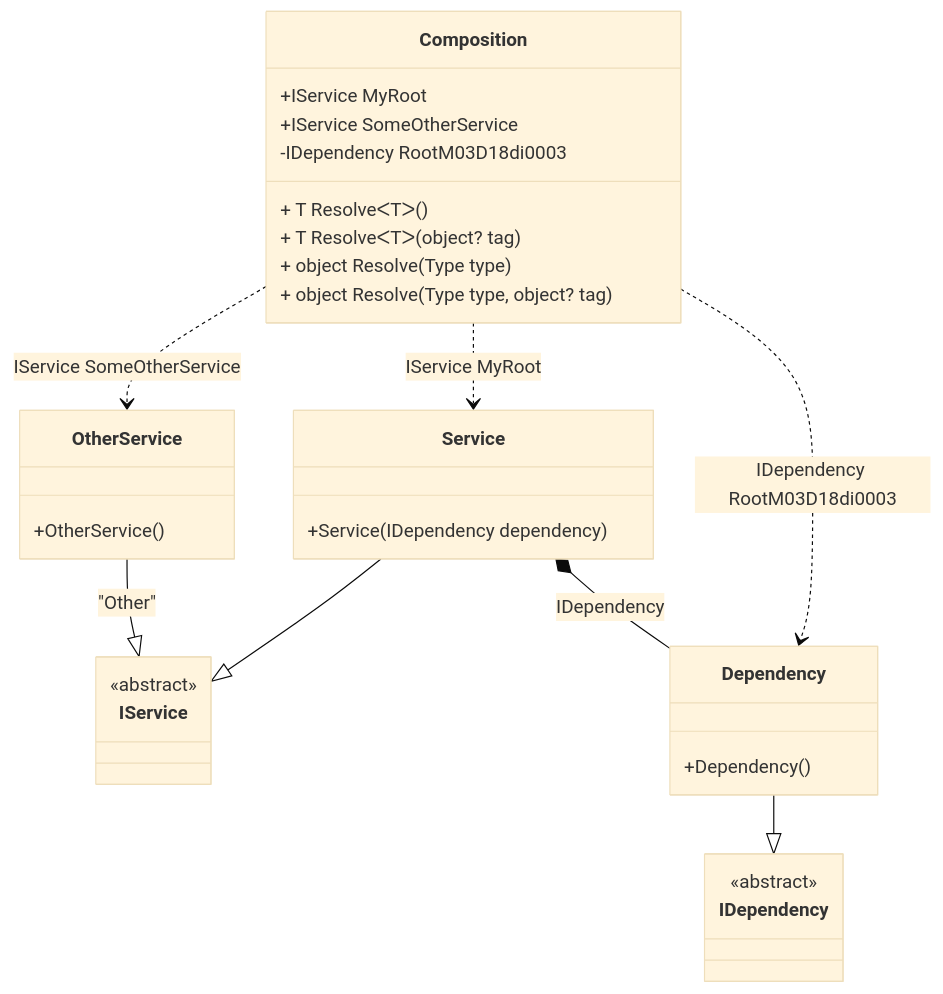
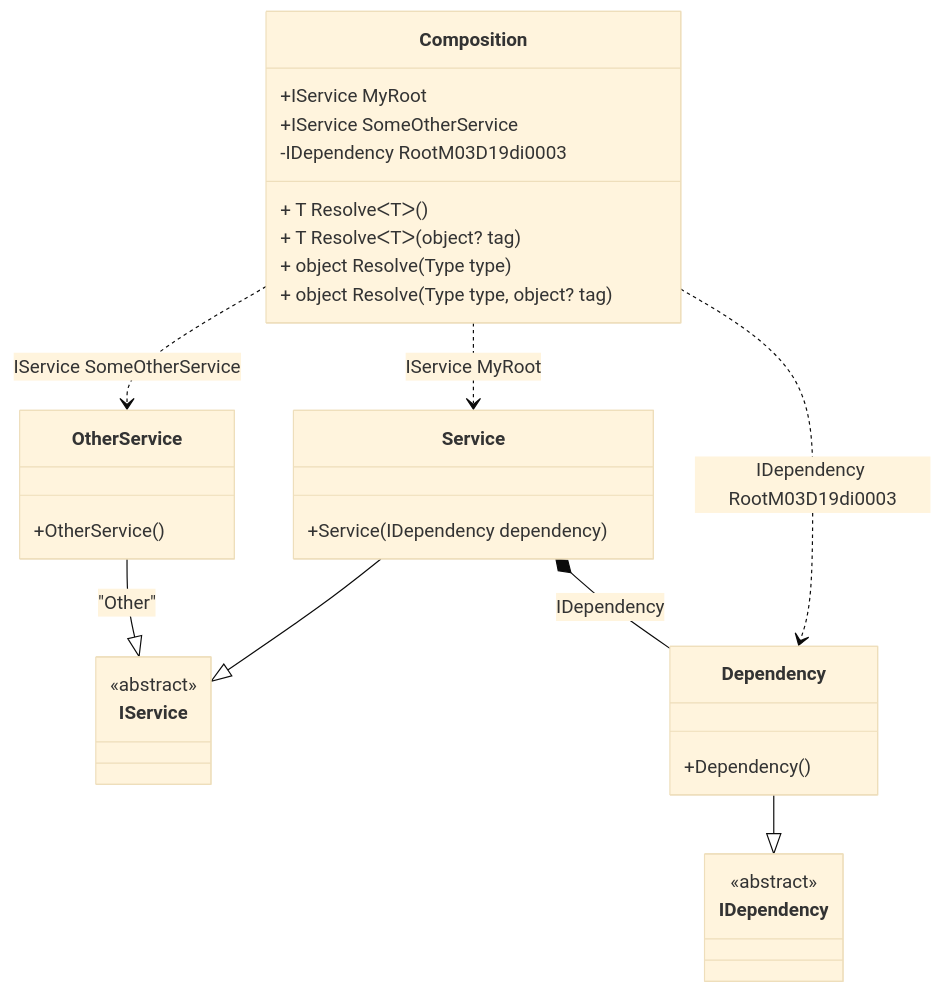
The diagram in readme/composition-roots.md (DevTeam/Pure.DI), drawn with Mermaid (base theme) before and after one commit. The commit also changed other lines of this file and 75 other files, not shown here.

````diff
--- a/readme/composition-roots.md
+++ b/readme/composition-roots.md
@@ -69,34 +69,34 @@
 ```mermaid
 classDiagram
   class Composition {
     +IService MyRoot
     +IService SomeOtherService
-    -IDependency RootM03D18di0003
+    -IDependency RootM03D19di0003
     + T ResolveᐸTᐳ()
     + T ResolveᐸTᐳ(object? tag)
     + object Resolve(Type type)
     + object Resolve(Type type, object? tag)
   }
   Service --|> IService : 
   class Service {
     +Service(IDependency dependency)
   }
   OtherService --|> IService : "Other" 
   class OtherService {
     +OtherService()
   }
   Dependency --|> IDependency : 
   class Dependency {
     +Dependency()
   }
   class IService {
     <<abstract>>
   }
   class IDependency {
     <<abstract>>
   }
   Service *--  Dependency : IDependency
   Composition ..> OtherService : IService SomeOtherService
   Composition ..> Service : IService MyRoot
-  Composition ..> Dependency : IDependency RootM03D18di0003
+  Composition ..> Dependency : IDependency RootM03D19di0003
 ```
````
